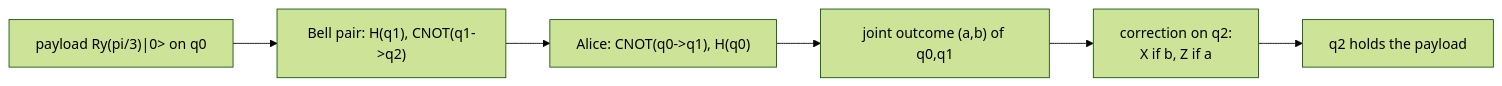
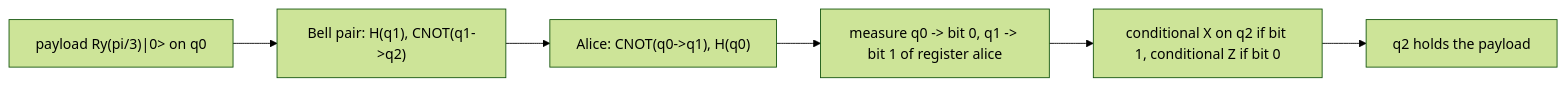
One commit to CharafeddineMechalikh/QForge changed the diagram in src/example/algorithms/teleportation/README.md. Above: the diagram before and after it, drawn with Mermaid (forest theme). The commit also changed other lines of this file and 61 other files, not shown here.

````diff
--- a/src/example/algorithms/teleportation/README.md
+++ b/src/example/algorithms/teleportation/README.md
@@ -22,8 +16,8 @@
 ```mermaid
 flowchart LR
     P["payload Ry(pi/3)|0> on q0"] --> B["Bell pair: H(q1), CNOT(q1->q2)"]
     B --> A["Alice: CNOT(q0->q1), H(q0)"]
-    A --> M["joint outcome (a,b) of q0,q1"]
-    M --> C["correction on q2:<br/>X if b, Z if a"]
+    A --> M["measure q0 -> bit 0, q1 -> bit 1 of register alice"]
+    M --> C["conditional X on q2 if bit 1, conditional Z if bit 0"]
     C --> R["q2 holds the payload"]
 ```
````
